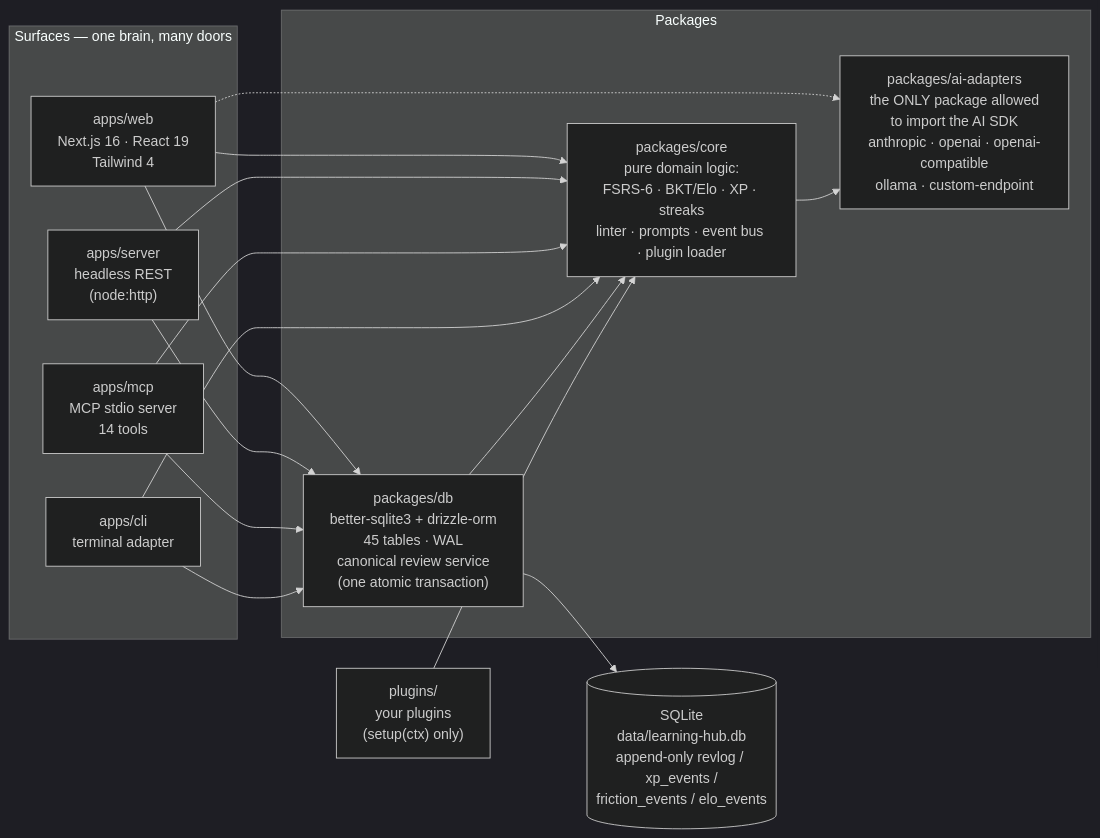
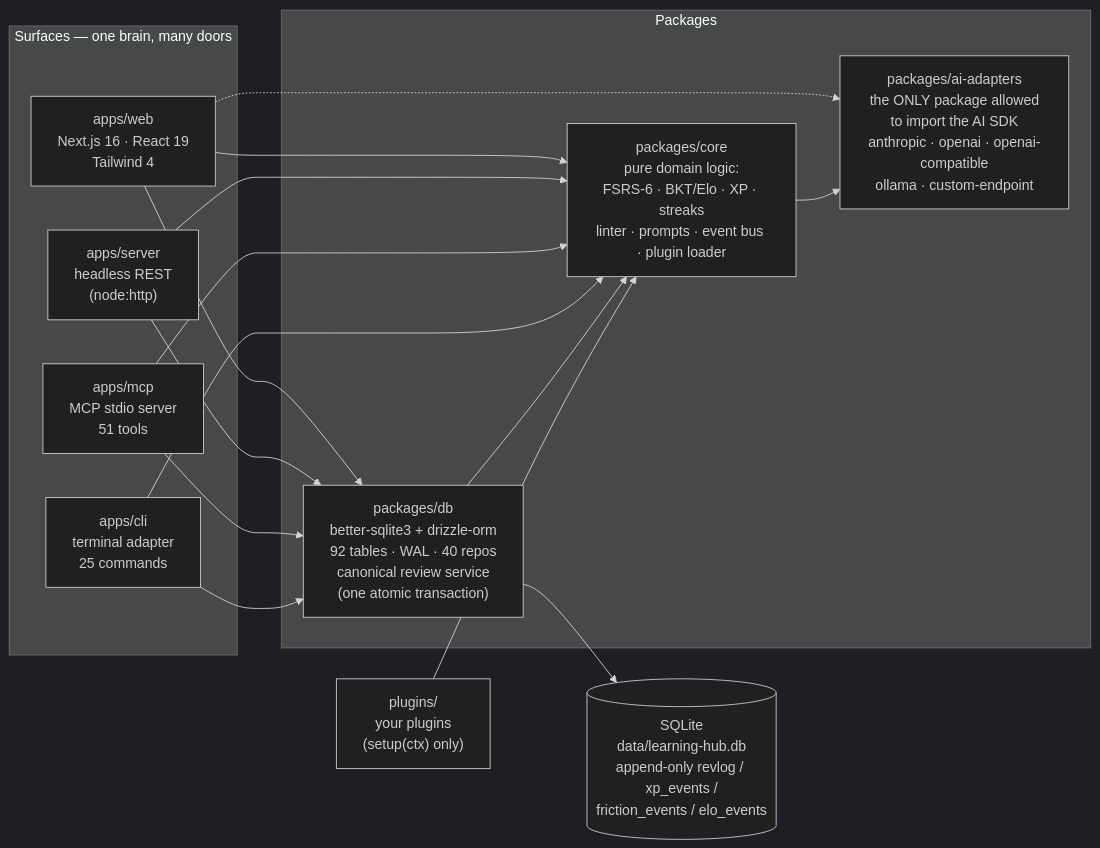
One commit to Agono0/learning-hub changed the diagram in README.md. Above: the diagram before and after it, drawn with Mermaid (dark theme). The commit also changed 7 other files, not shown here.

Commit message:
feat(mcp,cli): audio, telemetry, boss parity and finalize tool counts

````diff
--- a/README.md
+++ b/README.md
@@ -116,33 +116,33 @@
 ```mermaid
 flowchart LR
     subgraph surfaces ["Surfaces — one brain, many doors"]
         WEB["apps/web<br/>Next.js 16 · React 19<br/>Tailwind 4"]
         SERVE["apps/server<br/>headless REST<br/>(node:http)"]
-        MCP["apps/mcp<br/>MCP stdio server<br/>14 tools"]
-        CLI["apps/cli<br/>terminal adapter"]
+        MCP["apps/mcp<br/>MCP stdio server<br/>51 tools"]
+        CLI["apps/cli<br/>terminal adapter<br/>25 commands"]
     end
 
     subgraph packages ["Packages"]
         CORE["packages/core<br/>pure domain logic:<br/>FSRS-6 · BKT/Elo · XP · streaks<br/>linter · prompts · event bus · plugin loader"]
         AIC["packages/ai-adapters<br/>the ONLY package allowed<br/>to import the AI SDK<br/>anthropic · openai · openai-compatible<br/>ollama · custom-endpoint"]
-        DB["packages/db<br/>better-sqlite3 + drizzle-orm<br/>45 tables · WAL<br/>canonical review service<br/>(one atomic transaction)"]
+        DB["packages/db<br/>better-sqlite3 + drizzle-orm<br/>92 tables · WAL · 40 repos<br/>canonical review service<br/>(one atomic transaction)"]
     end
 
     SQLITE[("SQLite<br/>data/learning-hub.db<br/>append-only revlog / xp_events /<br/>friction_events / elo_events")]
 
     PLUGINS["plugins/<br/>your plugins<br/>(setup(ctx) only)"]
 
     WEB --> CORE
     WEB --> DB
     WEB -.-> AIC
     SERVE --> CORE
     SERVE --> DB
     MCP --> CORE
     MCP --> DB
     CLI --> CORE
     CLI --> DB
     CORE --> AIC
     DB --> CORE
     PLUGINS --> CORE
     DB --> SQLITE
 ```
````
